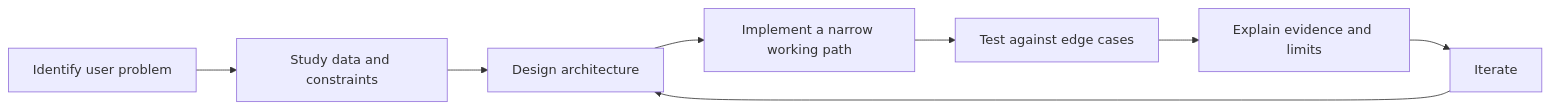
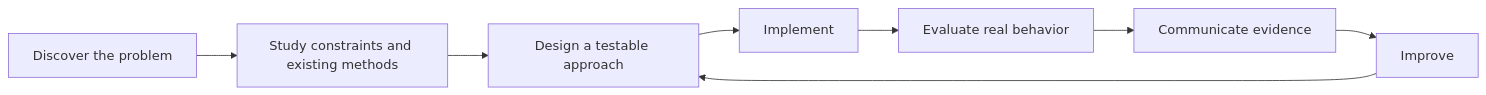
One commit to 1stsimplifycode/1stsimplifycode changed the diagram in README.md. Above: the diagram before and after it, drawn with Mermaid. The commit also changed other lines of this file, not shown here.

````diff
--- a/README.md
+++ b/README.md
@@ -70,10 +83,10 @@
 ```mermaid
 flowchart LR
-    A["Identify user problem"] --> B["Study data and constraints"]
-    B --> C["Design architecture"]
-    C --> D["Implement a narrow working path"]
-    D --> E["Test against edge cases"]
-    E --> F["Explain evidence and limits"]
-    F --> G["Iterate"]
-    G --> C
+ A["Discover the problem"] --> B["Study constraints and existing methods"]
+ B --> C["Design a testable approach"]
+ C --> D["Implement"]
+ D --> E["Evaluate real behavior"]
+ E --> F["Communicate evidence"]
+ F --> G["Improve"]
+ G --> C
 ```
````
